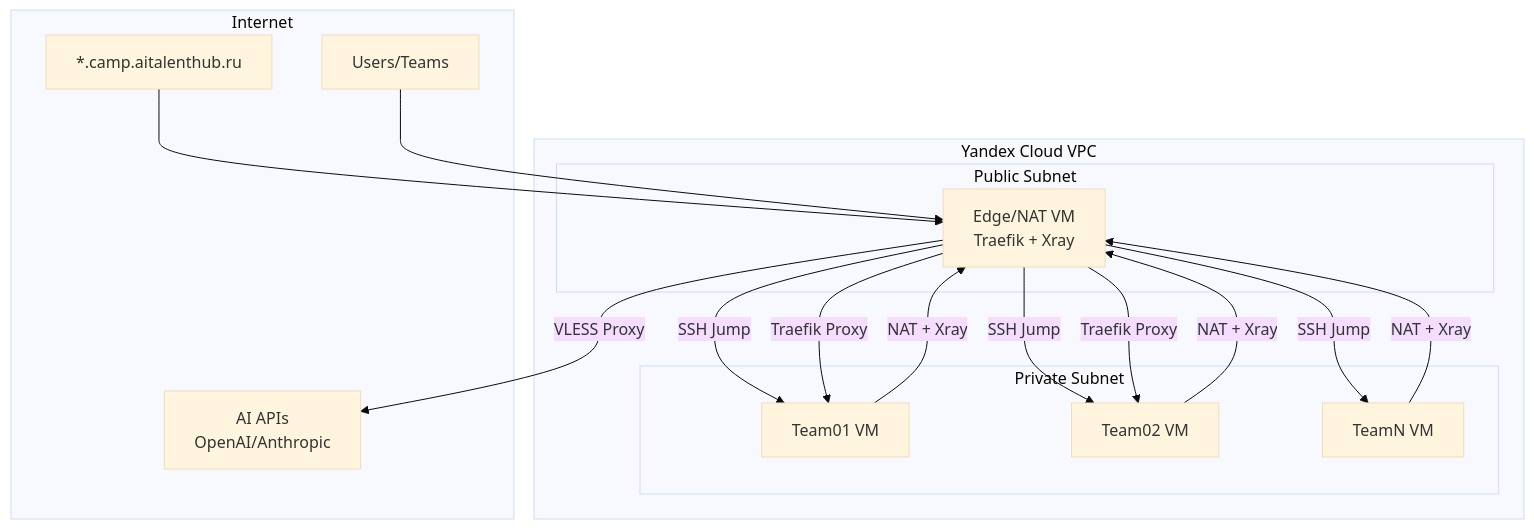
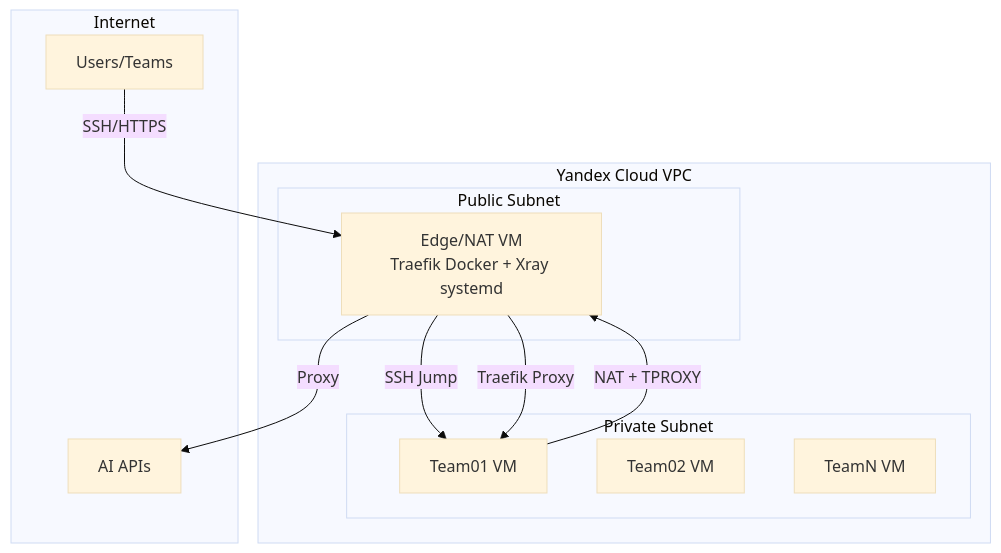
One commit to AI-Talent-Camp-2026/ai-talent-camp-2026-infra changed the diagram in README.md. Above: the diagram before and after it, drawn with Mermaid (base theme). The commit also changed other lines of this file and 13 other files, not shown here.

````diff
--- a/README.md
+++ b/README.md
@@ -51,32 +21,25 @@
 ```mermaid
 flowchart TB
     subgraph internet [Internet]
-        DNS["*.camp.aitalenthub.ru"]
         Users[Users/Teams]
-        AI_APIs[AI APIs<br/>OpenAI/Anthropic]
+        AI_APIs[AI APIs]
     end
     
     subgraph yc [Yandex Cloud VPC]
-        subgraph public_subnet [Public Subnet]
-            Edge[Edge/NAT VM<br/>Traefik + Xray]
+        subgraph public [Public Subnet]
+            Edge[Edge/NAT VM<br/>Traefik Docker + Xray systemd]
         end
         
-        subgraph private_subnet [Private Subnet]
+        subgraph private [Private Subnet]
             Team1[Team01 VM]
             Team2[Team02 VM]
             TeamN[TeamN VM]
         end
     end
     
-    DNS --> Edge
-    Users --> Edge
+    Users -->|SSH/HTTPS| Edge
     Edge -->|SSH Jump| Team1
-    Edge -->|SSH Jump| Team2
-    Edge -->|SSH Jump| TeamN
     Edge -->|Traefik Proxy| Team1
-    Edge -->|Traefik Proxy| Team2
-    Team1 -->|NAT + Xray| Edge
-    Team2 -->|NAT + Xray| Edge
-    TeamN -->|NAT + Xray| Edge
-    Edge -->|VLESS Proxy| AI_APIs
+    Team1 -->|NAT + TPROXY| Edge
+    Edge -->|Proxy| AI_APIs
 ```
````
